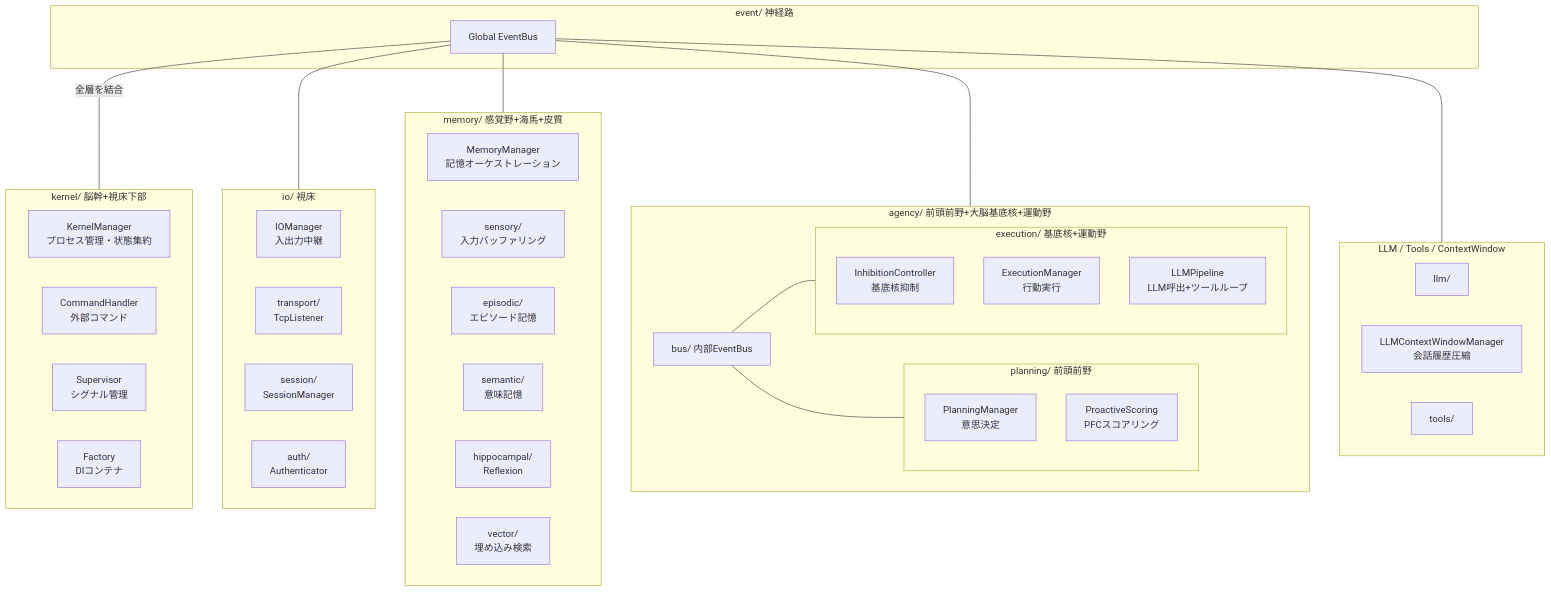
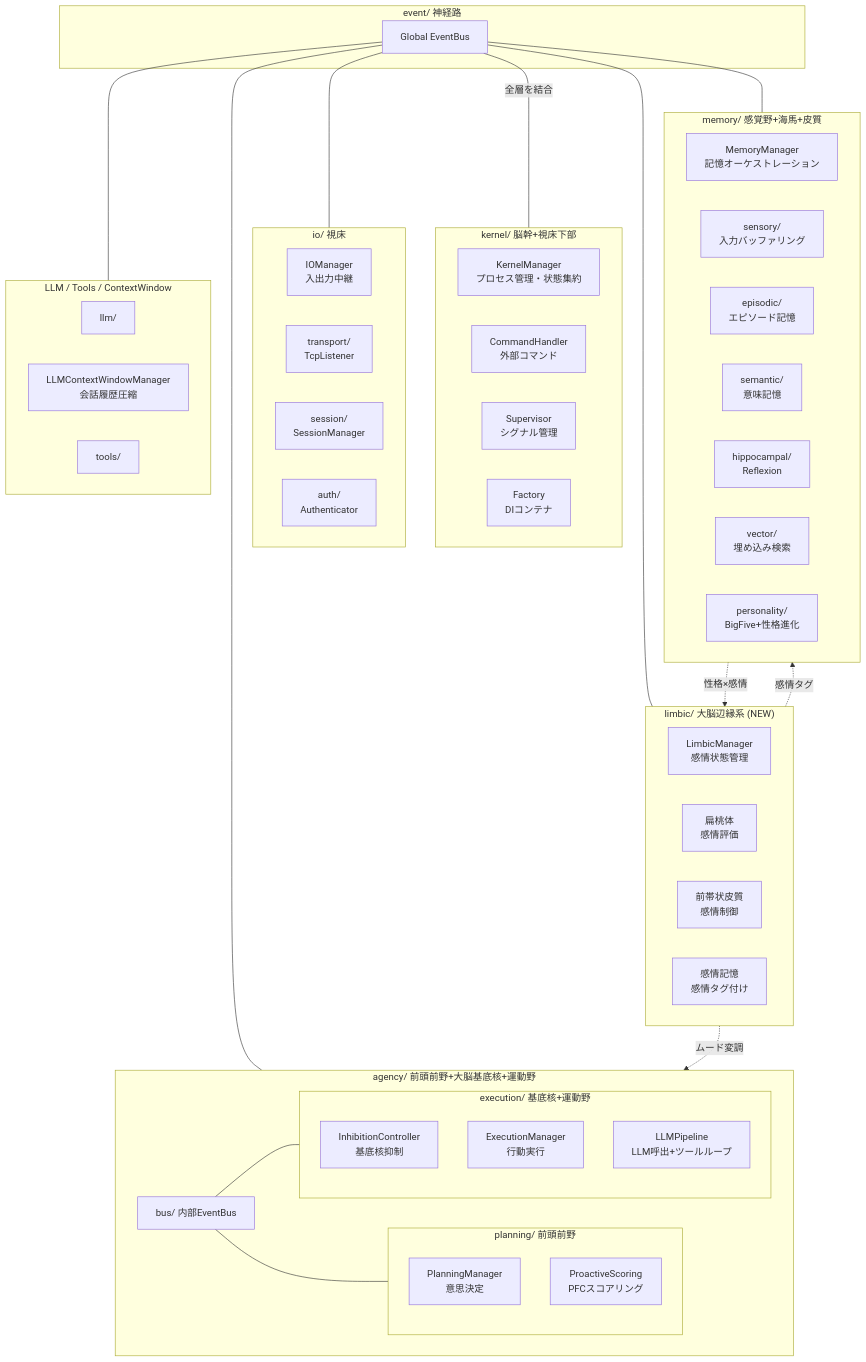
Before and after one commit to ibukani/iris-mind: the first of 4 diagrams in docs/architecture.md, drawn with Mermaid. The commit also changed other lines of this file and 25 other files, not shown here.

````diff
--- a/docs/architecture.md
+++ b/docs/architecture.md
@@ -9,59 +9,72 @@
 ```mermaid
 flowchart TD
     subgraph Kernel["kernel/ 脳幹+視床下部"]
         K_Manager["KernelManager<br/>プロセス管理・状態集約"]
         K_Command["CommandHandler<br/>外部コマンド"]
         K_Supervisor["Supervisor<br/>シグナル管理"]
         K_Factory["Factory<br/>DIコンテナ"]
     end
 
     subgraph IO["io/ 視床"]
         IO_Manager["IOManager<br/>入出力中継"]
         IO_Trans["transport/<br/>TcpListener"]
         IO_Session["session/<br/>SessionManager"]
         IO_Auth["auth/<br/>Authenticator"]
     end
 
+    subgraph Limbic["limbic/ 大脳辺縁系 (NEW)"]
+        L_Manager["LimbicManager<br/>感情状態管理"]
+        L_Amygdala["扁桃体<br/>感情評価"]
+        L_ACC["前帯状皮質<br/>感情制御"]
+        L_EM["感情記憶<br/>感情タグ付け"]
+    end
+
     subgraph Memory["memory/ 感覚野+海馬+皮質"]
         M_Manager["MemoryManager<br/>記憶オーケストレーション"]
         M_Sensory["sensory/<br/>入力バッファリング"]
         M_Episodic["episodic/<br/>エピソード記憶"]
         M_Semantic["semantic/<br/>意味記憶"]
         M_Hippocampal["hippocampal/<br/>Reflexion"]
         M_Vector["vector/<br/>埋め込み検索"]
+        M_BigFive["personality/<br/>BigFive+性格進化"]
     end
 
     subgraph Agency["agency/ 前頭前野+大脳基底核+運動野"]
         A_Bus["bus/ 内部EventBus"]
 
         subgraph Planning["planning/ 前頭前野"]
             P_Manager["PlanningManager<br/>意思決定"]
             P_Scoring["ProactiveScoring<br/>PFCスコアリング"]
         end
 
         subgraph Execution["execution/ 基底核+運動野"]
             INH["InhibitionController<br/>基底核抑制"]
             E_Manager["ExecutionManager<br/>行動実行"]
             E_LLM["LLMPipeline<br/>LLM呼出+ツールループ"]
         end
     end
 
     subgraph Infra["LLM / Tools / ContextWindow"]
         I_LLM["llm/"]
         I_CW["LLMContextWindowManager<br/>会話履歴圧縮"]
         I_TOOLS["tools/"]
     end
 
     subgraph Event["event/ 神経路"]
         EB["Global EventBus"]
     end
 
     EB ---|全層を結合| Kernel
     EB --- IO
+    EB --- Limbic
     EB --- Memory
     EB --- Agency
     EB --- Infra
 
     A_Bus --- Planning
     A_Bus --- Execution
+
+    Limbic -.->|感情タグ| Memory
+    Limbic -.->|ムード変調| Agency
+    Memory -.->|性格×感情| Limbic
 ```
````
